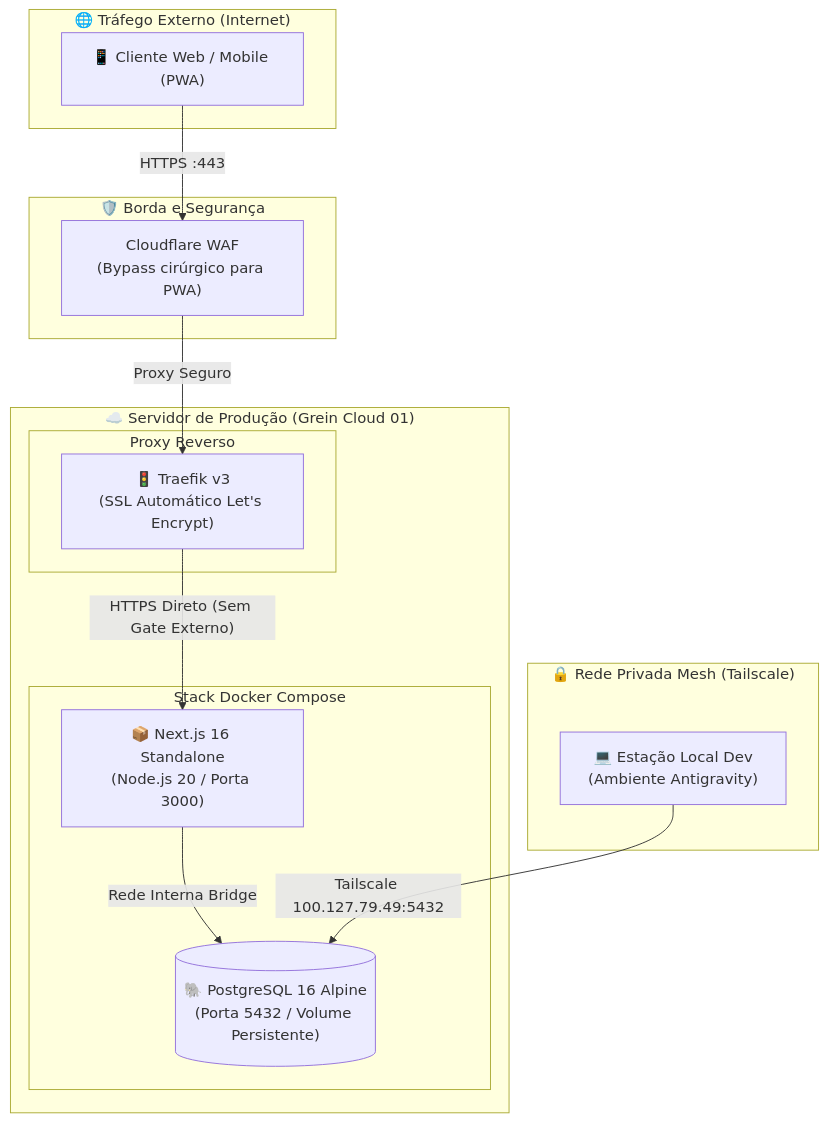
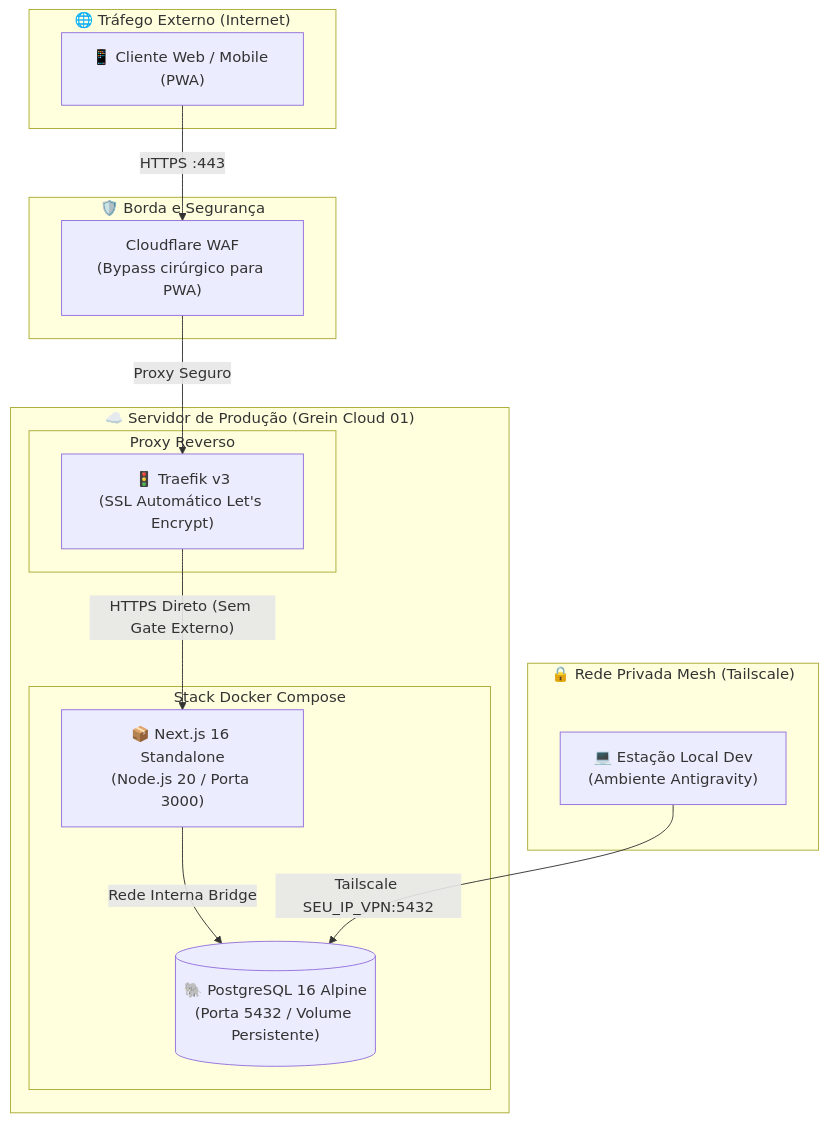
One commit to WiltonGabriel/PopClub changed the diagram in README.md. Above: the diagram before and after it, drawn with Mermaid. The commit also changed other lines of this file and 57 other files, not shown here.

````diff
--- a/README.md
+++ b/README.md
@@ -55,34 +55,34 @@
 ```mermaid
 flowchart TD
     subgraph Users ["🌐 Tráfego Externo (Internet)"]
         Client["📱 Cliente Web / Mobile (PWA)"]
     end
 
     subgraph Edge ["🛡️ Borda e Segurança"]
         CF["Cloudflare WAF\n(Bypass cirúrgico para PWA)"]
     end
 
     subgraph VPS ["☁️ Servidor de Produção (Grein Cloud 01)"]
         subgraph Ingress ["Proxy Reverso"]
             Traefik["🚦 Traefik v3\n(SSL Automático Let's Encrypt)"]
         end
 
         subgraph ContainerStack ["Stack Docker Compose"]
             App["📦 Next.js 16 Standalone\n(Node.js 20 / Porta 3000)"]
             DB[("🐘 PostgreSQL 16 Alpine\n(Porta 5432 / Volume Persistente)")]
         end
     end
 
     subgraph DevEnvironment ["🔒 Rede Privada Mesh (Tailscale)"]
         Dev["💻 Estação Local Dev\n(Ambiente Antigravity)"]
     end
 
     %% Roteamento de Produção
     Client -->|"HTTPS :443"| CF
     CF -->|"Proxy Seguro"| Traefik
     Traefik -->|"HTTPS Direto (Sem Gate Externo)"| App
     App -->|"Rede Interna Bridge"| DB
 
     %% Desenvolvimento Conectado Diretamente
-    Dev -->|"Tailscale 100.127.79.49:5432"| DB
+    Dev -->|"Tailscale SEU_IP_VPN:5432"| DB
 ```
````
